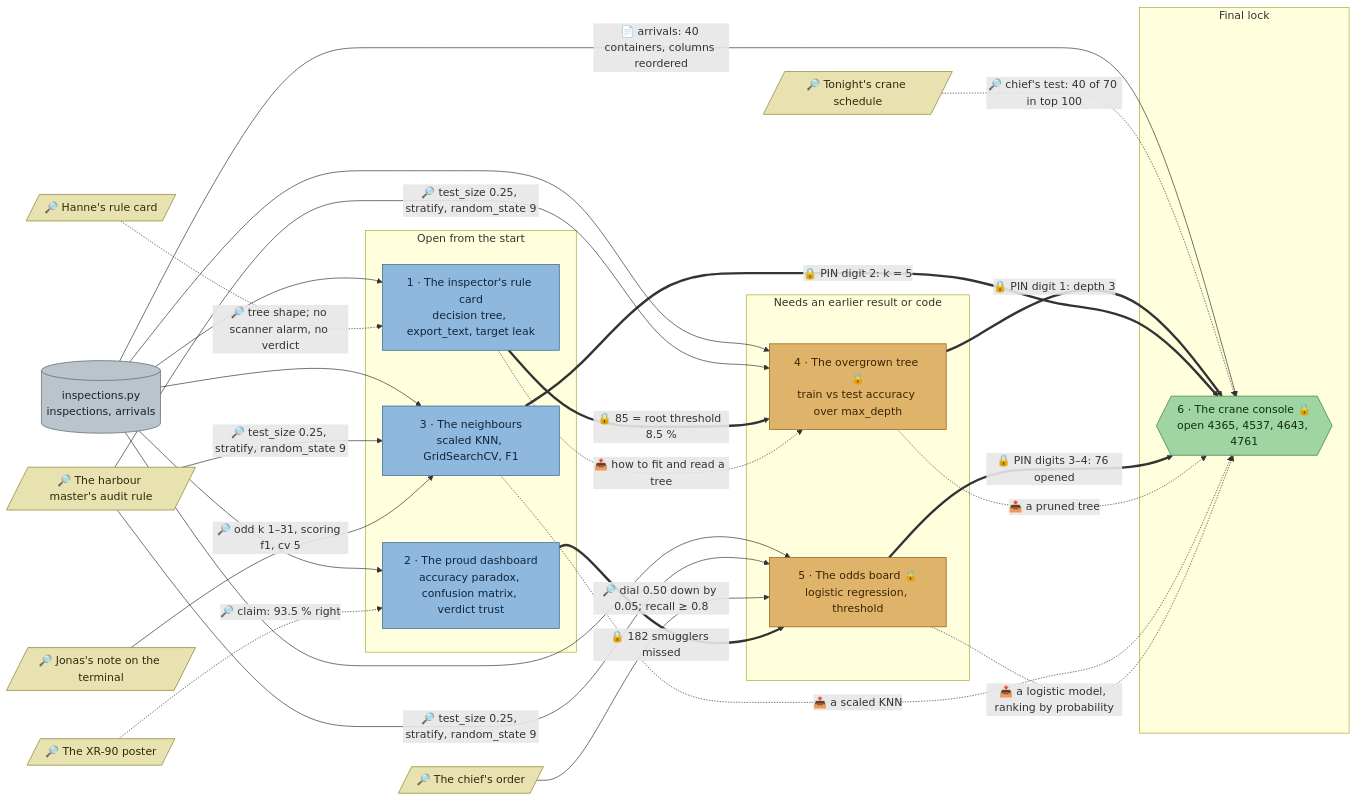
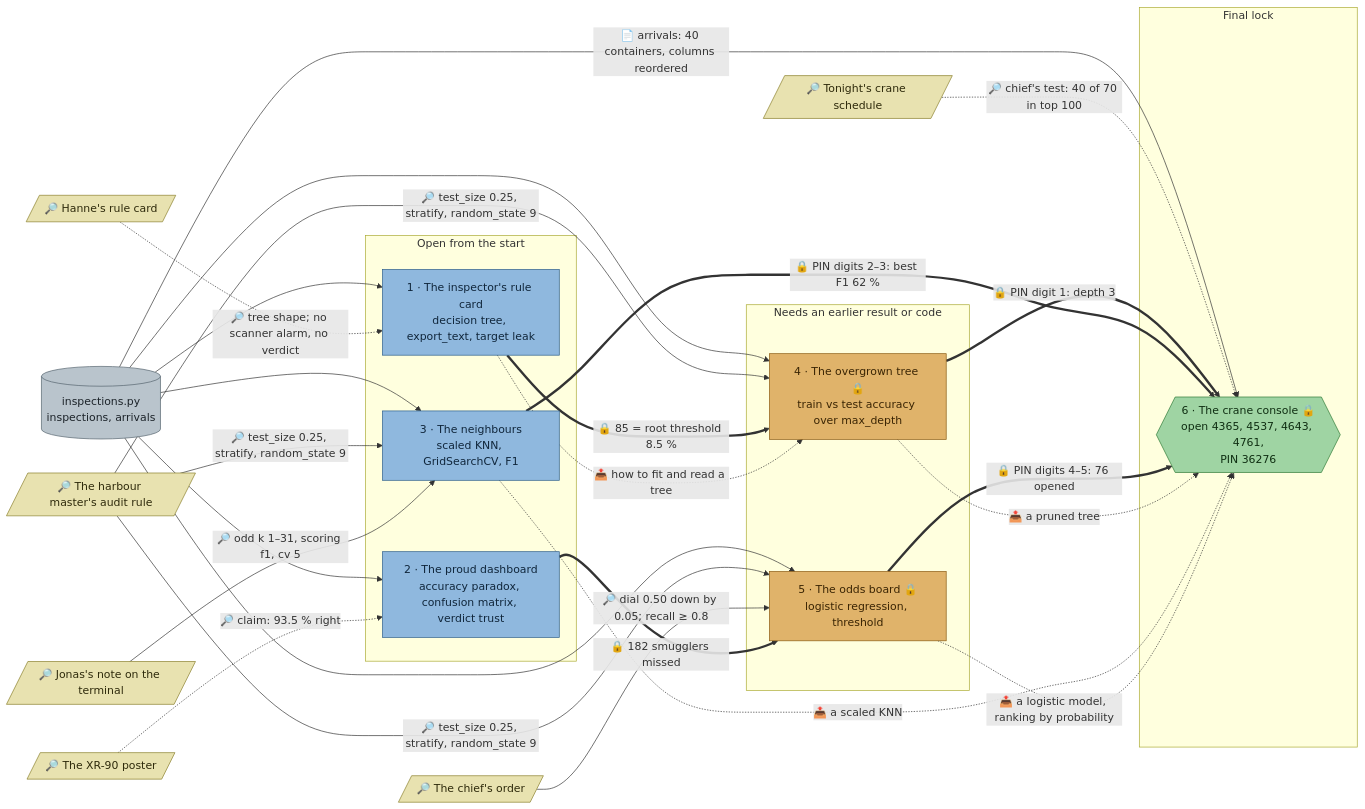
The diagram in docs/flows/ml-customs.md (mhoffmann-wbs/DataScienceEscapeRooms), drawn with Mermaid before and after one commit. The commit also changed other lines of this file and 7 other files, not shown here.

````diff
--- a/docs/flows/ml-customs.md
+++ b/docs/flows/ml-customs.md
@@ -5,63 +5,63 @@
 ```mermaid
 flowchart LR
   inspectorcard[/"🔎 Hanne's rule card"/]
   xr90poster[/"🔎 The XR-90 poster"/]
   auditrule[/"🔎 The harbour master's audit rule"/]
   jonasnote[/"🔎 Jonas's note on the terminal"/]
   chieforder[/"🔎 The chief's order"/]
   craneschedule[/"🔎 Tonight's crane schedule"/]
 
   d_all[("inspections.py<br/>inspections, arrivals")]
 
   subgraph p1["Open from the start"]
     rules["1 · The inspector's rule card<br/>decision tree, export_text, target leak"]
     dashboard["2 · The proud dashboard<br/>accuracy paradox, confusion matrix, verdict trust"]
     neighbours["3 · The neighbours<br/>scaled KNN, GridSearchCV, F1"]
   end
 
   subgraph p2["Needs an earlier result or code"]
     pruning["4 · The overgrown tree 🔒<br/>train vs test accuracy over max_depth"]
     odds["5 · The odds board 🔒<br/>logistic regression, threshold"]
   end
 
   subgraph p3["Final lock"]
-    arrivals{{"6 · The crane console 🔒<br/>open 4365, 4537, 4643, 4761"}}
+    arrivals{{"6 · The crane console 🔒<br/>open 4365, 4537, 4643, 4761,<br/>PIN 36276"}}
   end
 
   d_all --> rules
   d_all --> dashboard
   d_all --> neighbours
   d_all --> pruning
   d_all --> odds
   d_all -->|"📄 arrivals: 40 containers, columns reordered"| arrivals
 
   inspectorcard -.->|"🔎 tree shape; no scanner alarm, no verdict"| rules
   xr90poster -.->|"🔎 claim: 93.5 % right"| dashboard
   auditrule -->|"🔎 test_size 0.25, stratify, random_state 9"| neighbours
   auditrule -->|"🔎 test_size 0.25, stratify, random_state 9"| pruning
   auditrule -->|"🔎 test_size 0.25, stratify, random_state 9"| odds
   jonasnote -->|"🔎 odd k 1–31, scoring f1, cv 5"| neighbours
   chieforder -->|"🔎 dial 0.50 down by 0.05; recall ≥ 0.8"| odds
   craneschedule -.->|"🔎 chief's test: 40 of 70 in top 100"| arrivals
 
   rules ==>|"🔒 85 = root threshold 8.5 %"| pruning
   rules -.->|"📤 how to fit and read a tree"| pruning
   dashboard ==>|"🔒 182 smugglers missed"| odds
   pruning ==>|"🔒 PIN digit 1: depth 3"| arrivals
-  neighbours ==>|"🔒 PIN digit 2: k = 5"| arrivals
-  odds ==>|"🔒 PIN digits 3–4: 76 opened"| arrivals
+  neighbours ==>|"🔒 PIN digits 2–3: best F1 62 %"| arrivals
+  odds ==>|"🔒 PIN digits 4–5: 76 opened"| arrivals
   pruning -.->|"📤 a pruned tree"| arrivals
   neighbours -.->|"📤 a scaled KNN"| arrivals
   odds -.->|"📤 a logistic model, ranking by probability"| arrivals
 
   classDef station fill:#8fb8de,stroke:#2b5d8a,color:#10263b
   classDef locked fill:#e0b36a,stroke:#8a5a12,color:#3a2504
   classDef clue fill:#e8e2b0,stroke:#8a7f2b,color:#2e2a0b
   classDef data fill:#b9c4cc,stroke:#55636e,color:#1c2329
   classDef final fill:#9fd4a3,stroke:#2f7a36,color:#0f2e12
   class rules,dashboard,neighbours station
   class pruning,odds locked
   class inspectorcard,xr90poster,auditrule,jonasnote,chieforder,craneschedule clue
   class d_all data
   class arrivals final
 ```
````
